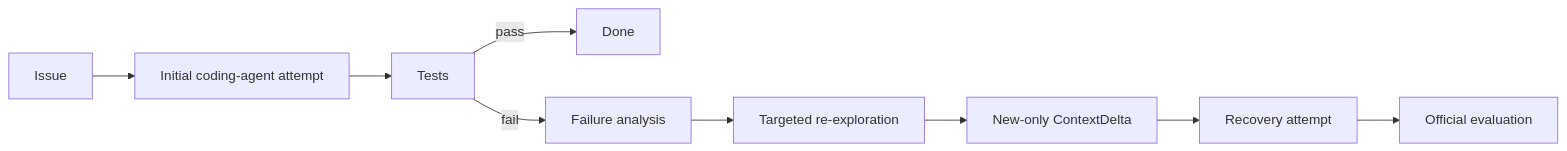
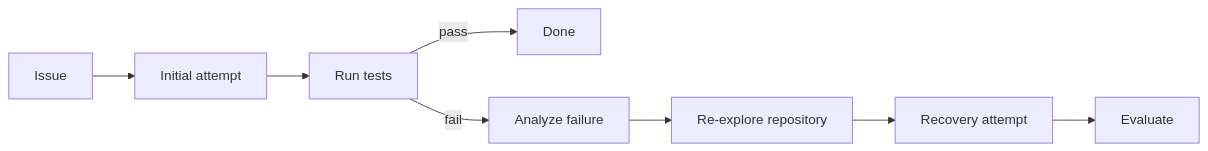
Before and after one commit to LL333111/ContextRepair: the diagram in README.md, drawn with Mermaid. The commit also changed other lines of this file and 2 other files, not shown here.

````diff
--- a/README.md
+++ b/README.md
@@ -7,11 +7,10 @@
 ```mermaid
 flowchart LR
-    I[Issue] --> A[Initial coding-agent attempt]
-    A --> T[Tests]
+    I[Issue] --> A[Initial attempt]
+    A --> T[Run tests]
     T -->|pass| D[Done]
-    T -->|fail| F[Failure analysis]
-    F --> R[Targeted re-exploration]
-    R --> C[New-only ContextDelta]
-    C --> P[Recovery attempt]
-    P --> E[Official evaluation]
+    T -->|fail| F[Analyze failure]
+    F --> R[Re-explore repository]
+    R --> P[Recovery attempt]
+    P --> E[Evaluate]
 ```
````
